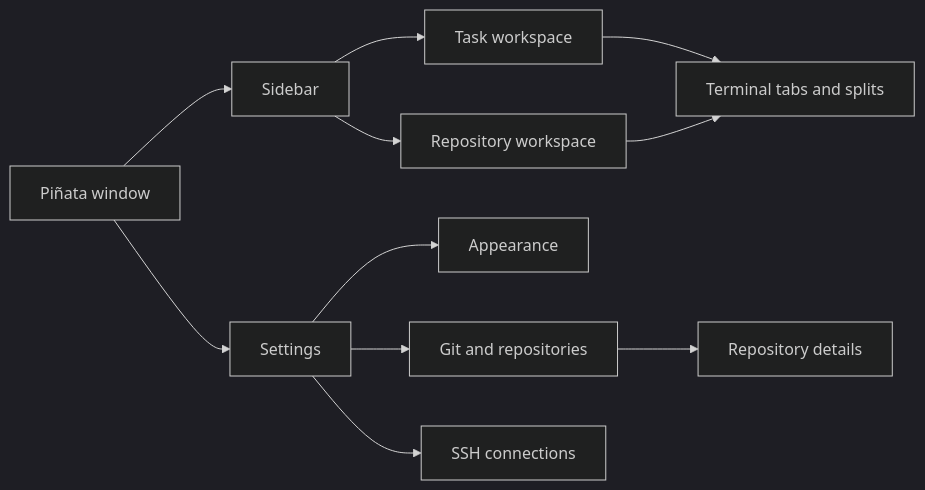
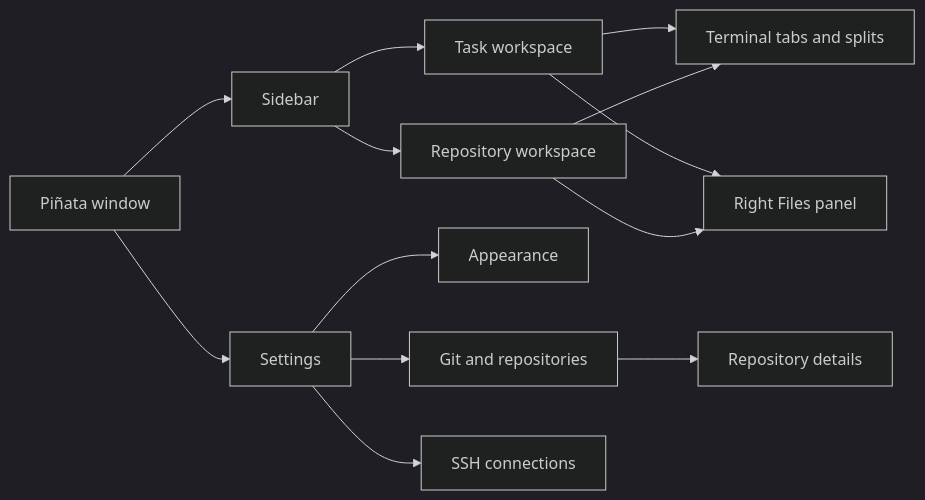
Before and after one commit to gh0stonio/pinata: the first of 4 diagrams in docs/application-map.md, drawn with Mermaid (dark theme). The commit also changed other lines of this file and 22 other files, not shown here.

````diff
--- a/docs/application-map.md
+++ b/docs/application-map.md
@@ -7,13 +7,15 @@
 ```mermaid
 flowchart LR
     App[Piñata window] --> Sidebar[Sidebar]
     Sidebar --> Task[Task workspace]
     Sidebar --> Attachment[Repository workspace]
     Task --> Terminal[Terminal tabs and splits]
     Attachment --> Terminal
+    Task --> Files[Right Files panel]
+    Attachment --> Files
     App --> Settings[Settings]
     Settings --> Appearance[Appearance]
     Settings --> Git[Git and repositories]
     Settings --> Connections[SSH connections]
     Git --> Repository[Repository details]
 ```
````
